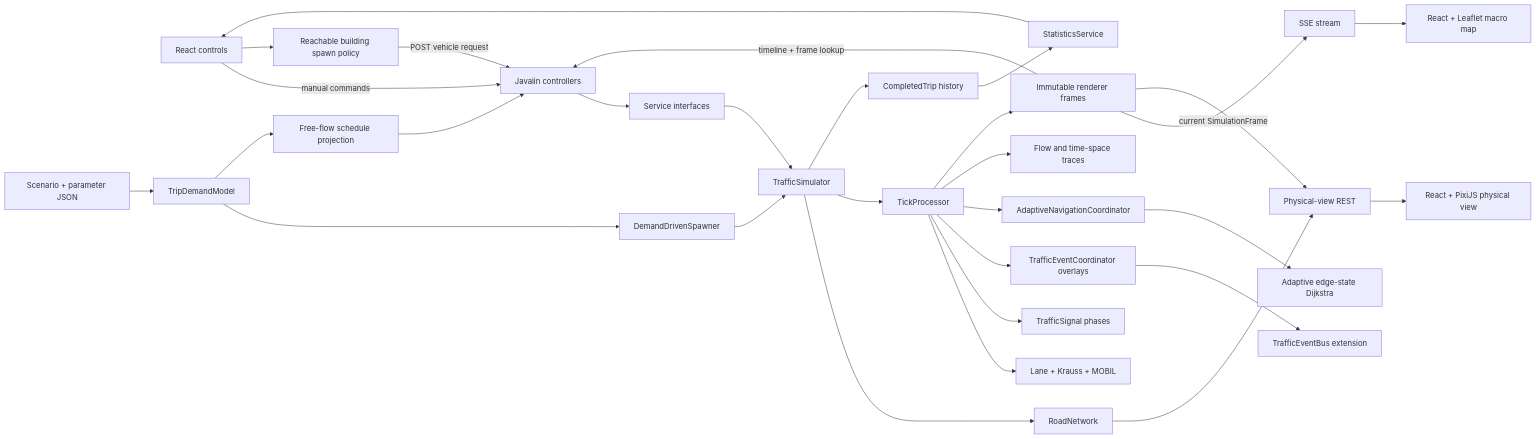
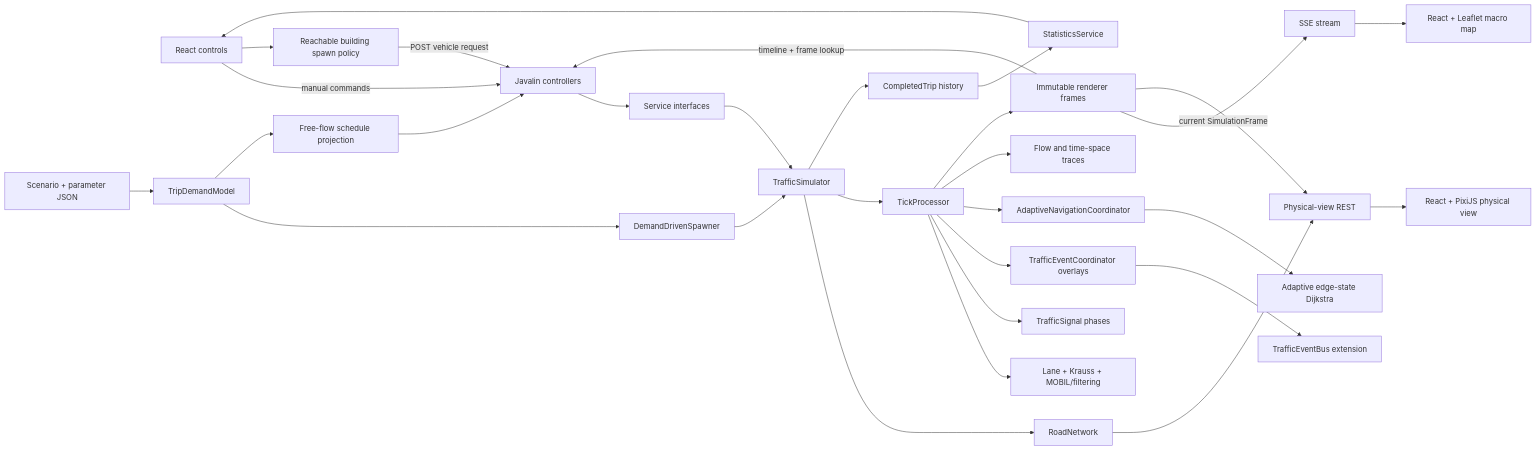
One commit to binhnguyenag07-ops/Traffic-Event-System changed the diagram in docs/ARCHITECTURE.md. Above: the diagram before and after it, drawn with Mermaid. The commit also changed other lines of this file and 17 other files, not shown here.

````diff
--- a/docs/ARCHITECTURE.md
+++ b/docs/ARCHITECTURE.md
@@ -179,32 +198,32 @@
 ```mermaid
 flowchart LR
     UI["React controls"] -->|manual commands| API["Javalin controllers"]
     UI --> SpawnPolicy["Reachable building spawn policy"]
     SpawnPolicy -->|POST vehicle request| API
     API --> Services["Service interfaces"]
     Services --> Simulator["TrafficSimulator"]
     Scenario["Scenario + parameter JSON"] --> Demand["TripDemandModel"]
     Demand --> Spawner["DemandDrivenSpawner"]
     Demand --> Schedule["Free-flow schedule projection"]
     Schedule --> API
     Spawner --> Simulator
     Simulator --> Graph["RoadNetwork"]
     Simulator --> Tick["TickProcessor"]
-    Tick --> Dynamics["Lane + Krauss + MOBIL"]
+    Tick --> Dynamics["Lane + Krauss + MOBIL/filtering"]
     Tick --> Signals["TrafficSignal phases"]
     Tick --> Events["TrafficEventCoordinator overlays"]
     Events --> Bus["TrafficEventBus extension"]
     Tick --> Navigation["AdaptiveNavigationCoordinator"]
     Navigation --> AdaptiveRouter["Adaptive edge-state Dijkstra"]
     Tick --> Traces["Flow and time-space traces"]
     Tick --> Frames["Immutable renderer frames"]
     Frames -->|current SimulationFrame| SSE["SSE stream"]
     Frames -->|timeline + frame lookup| API
     SSE --> Macro["React + Leaflet macro map"]
     Graph --> PhysicalAPI["Physical-view REST"]
     Frames --> PhysicalAPI
     PhysicalAPI --> Physical["React + PixiJS physical view"]
     Simulator --> Trips["CompletedTrip history"]
     Trips --> Stats["StatisticsService"]
     Stats --> UI
 ```
````
